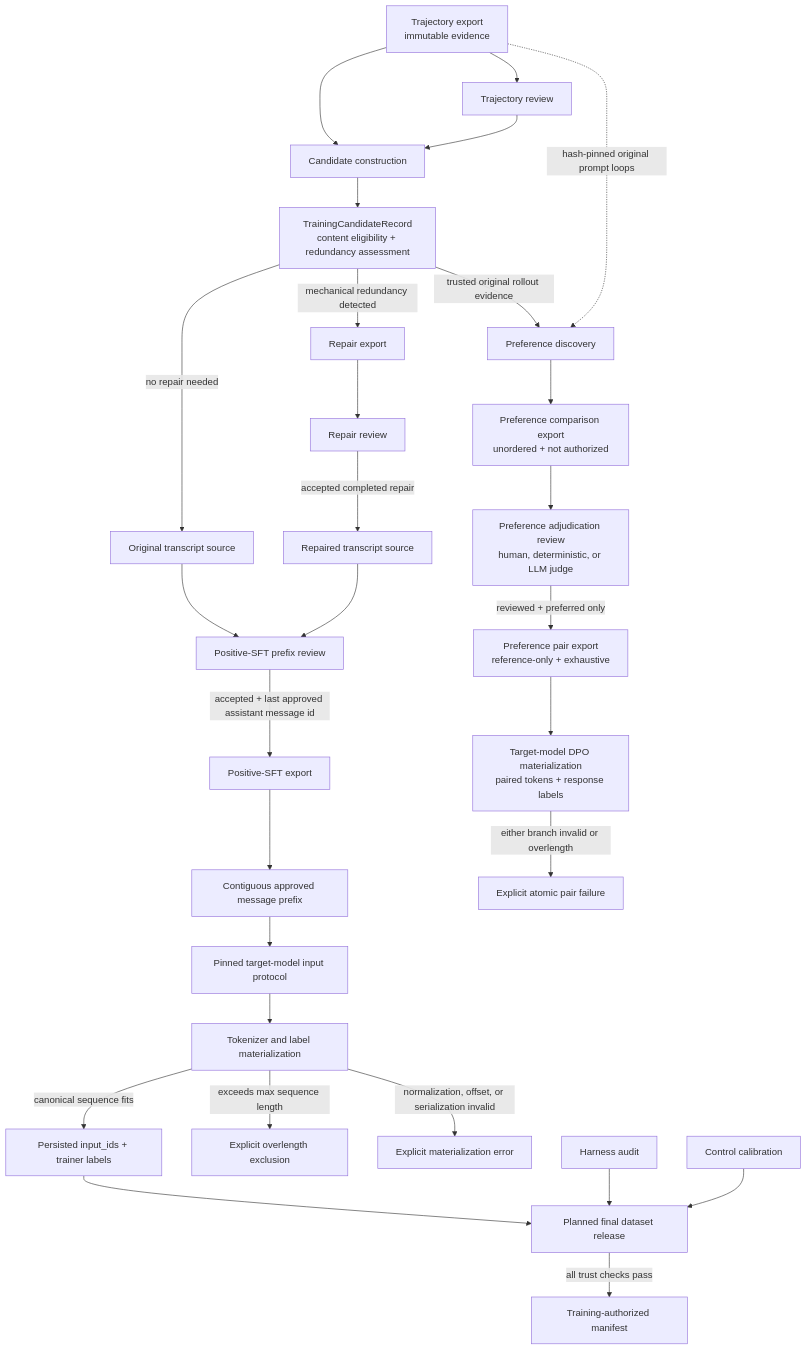
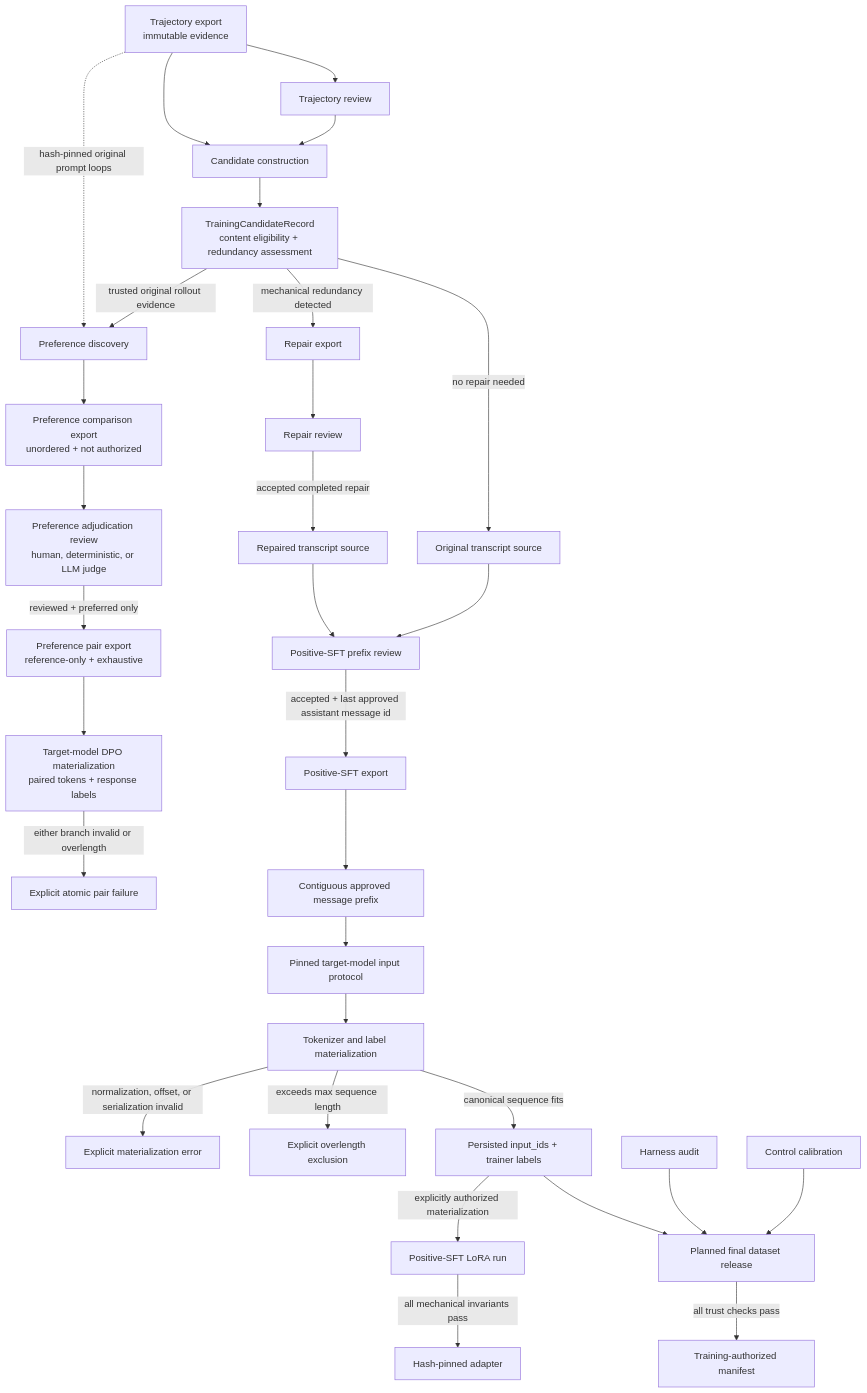
One commit to kshitijg92/agentenv-posttraining-lab changed the diagram in src/agentenv/training/README.md. Above: the diagram before and after it, drawn with Mermaid. The commit also changed other lines of this file and 26 other files, not shown here.

Commit message:
add lora training workflow for positive sft records and run smoke

````diff
--- a/src/agentenv/training/README.md
+++ b/src/agentenv/training/README.md
@@ -41,35 +41,37 @@
 ```mermaid
 flowchart TD
     T[Trajectory export<br/>immutable evidence] --> TR[Trajectory review]
     T --> C
     TR --> C[Candidate construction]
 
     C --> TC[TrainingCandidateRecord<br/>content eligibility + redundancy assessment]
     TC -->|no repair needed| O[Original transcript source]
     TC -->|mechanical redundancy detected| RE[Repair export]
     RE --> RR[Repair review]
     RR -->|accepted completed repair| RP[Repaired transcript source]
 
     O --> SR[Positive-SFT prefix review]
     RP --> SR
     SR -->|accepted + last approved assistant message id| SE[Positive-SFT export]
     SE --> P[Contiguous approved message prefix]
     P --> IP[Pinned target-model input protocol]
     IP --> TM[Tokenizer and label materialization]
     TM -->|canonical sequence fits| TS[Persisted input_ids + trainer labels]
     TM -->|exceeds max sequence length| OE[Explicit overlength exclusion]
     TM -->|normalization, offset, or serialization invalid| ME[Explicit materialization error]
 
     TC -->|trusted original rollout evidence| PD[Preference discovery]
     T -. hash-pinned original prompt loops .-> PD
     PD --> PC[Preference comparison export<br/>unordered + not authorized]
     PC --> PA[Preference adjudication review<br/>human, deterministic, or LLM judge]
     PA -->|reviewed + preferred only| PE[Preference pair export<br/>reference-only + exhaustive]
     PE --> DM[Target-model DPO materialization<br/>paired tokens + response labels]
     DM -->|either branch invalid or overlength| DE[Explicit atomic pair failure]
 
     TS --> DR[Planned final dataset release]
     HA[Harness audit] --> DR
     CC[Control calibration] --> DR
     DR -->|all trust checks pass| AU[Training-authorized manifest]
+    TS -->|explicitly authorized materialization| LR[Positive-SFT LoRA run]
+    LR -->|all mechanical invariants pass| LA[Hash-pinned adapter]
 ```
````
